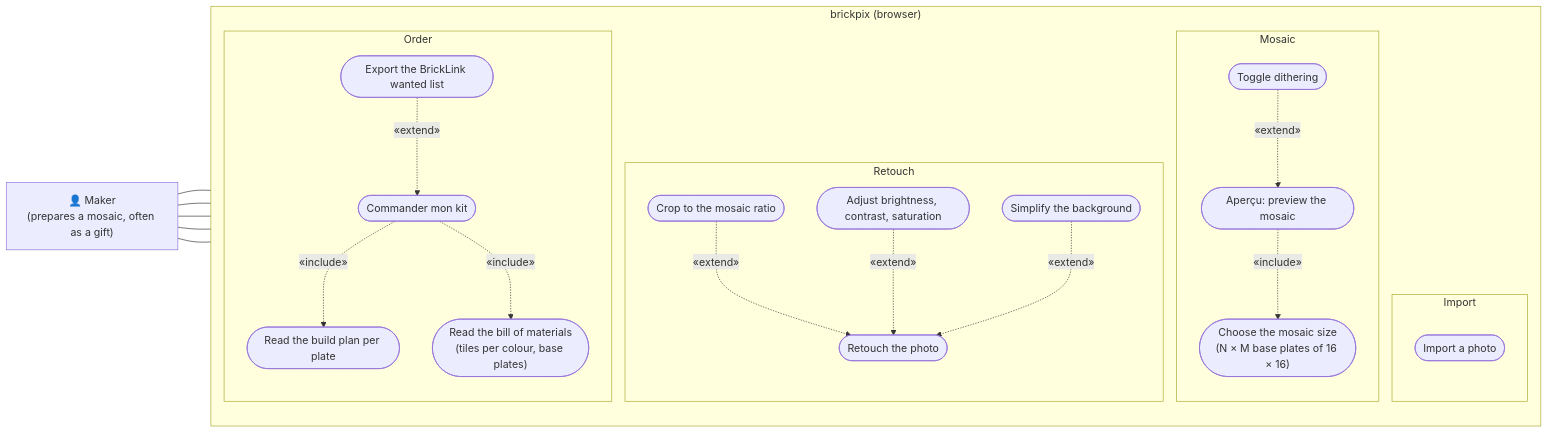
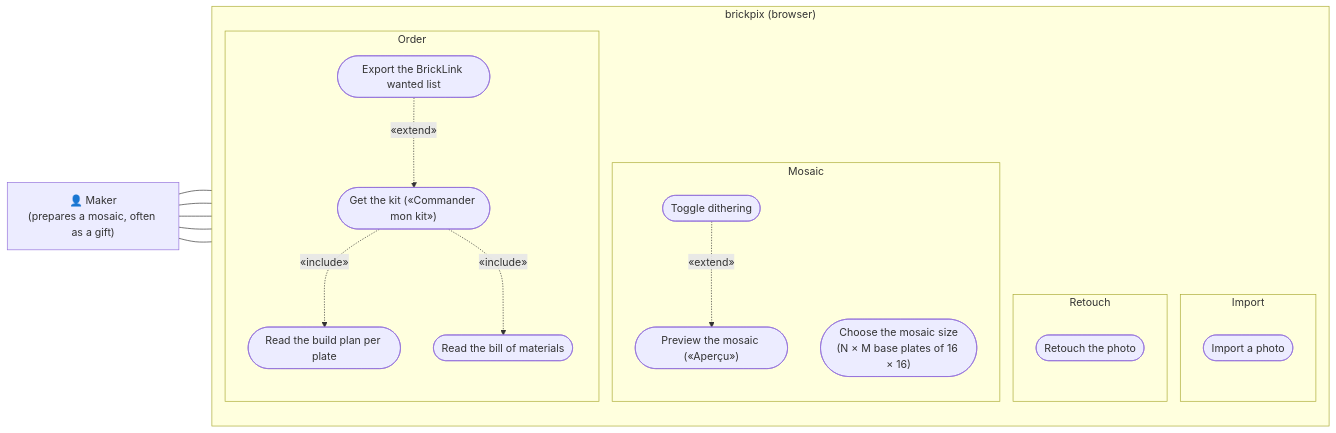
One commit to benoit-bremaud/brickpix changed the diagram in docs/architecture/diagrams/mosaic/01-use-case.md. Above: the diagram before and after it, drawn with Mermaid. The commit also changed other lines of this file and 9 other files, not shown here.

Commit message:
docs(architecture): apply local review fixes to the UML study

````diff
--- a/docs/architecture/diagrams/mosaic/01-use-case.md
+++ b/docs/architecture/diagrams/mosaic/01-use-case.md
@@ -11,43 +11,36 @@
 ```mermaid
 flowchart LR
     EndUser["👤 Maker<br/>(prepares a mosaic, often as a gift)"]
 
     subgraph System["brickpix (browser)"]
         direction TB
         subgraph Import
             UC1(["Import a photo"])
         end
-        subgraph Retouch
-            UC2(["Retouch the photo"])
-            UC2a(["Crop to the mosaic ratio"])
-            UC2b(["Adjust brightness, contrast, saturation"])
-            UC2c(["Simplify the background"])
-        end
         subgraph Mosaic
-            UC3(["Choose the mosaic size<br/>(N × M base plates of 16 × 16)"])
-            UC4(["Aperçu: preview the mosaic"])
+            UC2(["Choose the mosaic size<br/>(N × M base plates of 16 × 16)"])
+            UC4(["Preview the mosaic («Aperçu»)"])
             UC4a(["Toggle dithering"])
         end
+        subgraph Retouch
+            UC3(["Retouch the photo"])
+        end
         subgraph Order
-            UC5(["Commander mon kit"])
+            UC5(["Get the kit («Commander mon kit»)"])
             UC5a(["Read the build plan per plate"])
-            UC5b(["Read the bill of materials<br/>(tiles per colour, base plates)"])
+            UC5b(["Read the bill of materials"])
             UC5c(["Export the BrickLink wanted list"])
         end
     end
 
     EndUser --- UC1
     EndUser --- UC2
     EndUser --- UC3
     EndUser --- UC4
     EndUser --- UC5
 
-    UC2a -. "«extend»" .-> UC2
-    UC2b -. "«extend»" .-> UC2
-    UC2c -. "«extend»" .-> UC2
     UC4a -. "«extend»" .-> UC4
-    UC4 -. "«include»" .-> UC3
     UC5 -. "«include»" .-> UC5a
     UC5 -. "«include»" .-> UC5b
     UC5c -. "«extend»" .-> UC5
 ```
````
